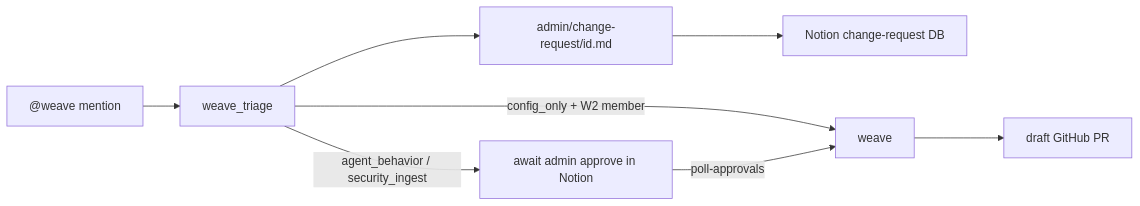
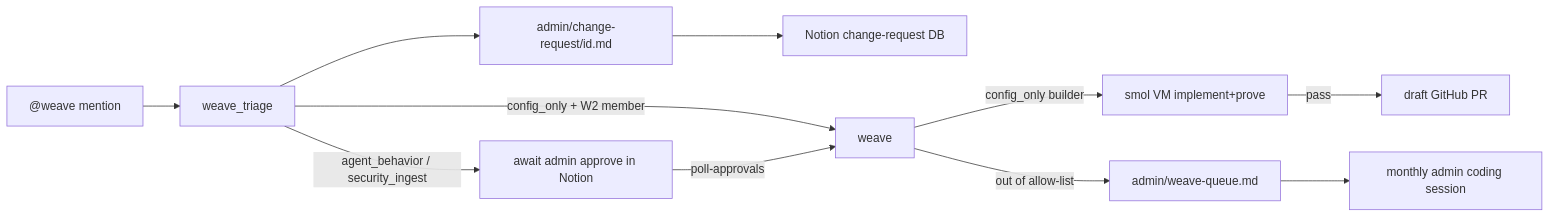
One commit to NickyHeC/4r7a changed the second of 2 diagrams in docs/agents/admin.md. Above: the diagram before and after it, drawn with Mermaid. The commit also changed other lines of this file and 20 other files, not shown here.

First line of the commit message:
Add Weave implement+prove with Codex default and in-house opt-in.

````diff
--- a/docs/agents/admin.md
+++ b/docs/agents/admin.md
@@ -41,10 +41,13 @@
 ```mermaid
 flowchart LR
   M["@weave mention"] --> WT[weave_triage]
   WT --> MD["admin/change-request/id.md"]
   MD --> NDB[Notion change-request DB]
   WT -->|config_only + W2 member| WV[weave]
   WT -->|agent_behavior / security_ingest| WAIT[await admin approve in Notion]
   WAIT -->|poll-approvals| WV
-  WV --> PR[draft GitHub PR]
+  WV -->|config_only builder| VM["smol VM implement+prove"]
+  WV -->|out of allow-list| Q[admin/weave-queue.md]
+  VM -->|pass| PR[draft GitHub PR]
+  Q --> ADMIN[monthly admin coding session]
 ```
````
